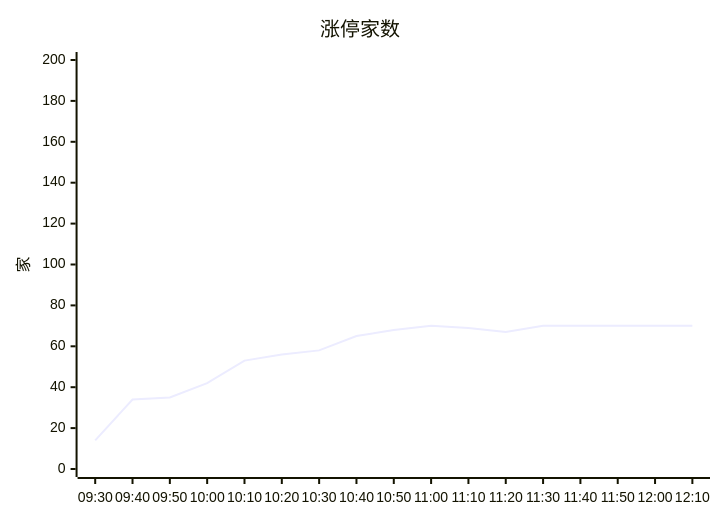
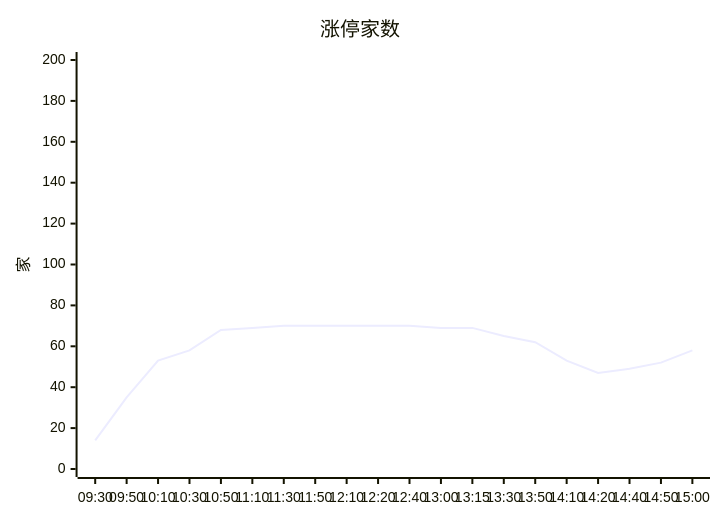
The third of 25 diagrams in content/投研交易/盘中分析/20261125.md (hesherchen-sketch/ray1992chzl), drawn with Mermaid before and after one commit. The commit also changed other lines of this file, not shown here.

Commit message:
sync notes 2026-11-25 18:00: 盘中分析改版（总览置顶+盯盘卡 mermaid、概念口径、梯队修正、机会与快讯）

````diff
--- a/content/投研交易/盘中分析/20261125.md
+++ b/content/投研交易/盘中分析/20261125.md
@@ -120,7 +148,7 @@
 ```mermaid
 xychart-beta
     title "涨停家数"
-    x-axis ["09:30", "09:40", "09:50", "10:00", "10:10", "10:20", "10:30", "10:40", "10:50", "11:00", "11:10", "11:20", "11:30", "11:40", "11:50", "12:00", "12:10"]
+    x-axis ["09:30", "09:50", "10:10", "10:30", "10:50", "11:10", "11:30", "11:50", "12:10", "12:20", "12:40", "13:00", "13:15", "13:30", "13:50", "14:10", "14:20", "14:40", "14:50", "15:00"]
     y-axis "家" 0 --> 200
-    line [14, 34, 35, 42, 53, 56, 58, 65, 68, 70, 69, 67, 70, 70, 70, 70, 70]
+    line [14, 35, 53, 58, 68, 69, 70, 70, 70, 70, 70, 69, 69, 65, 62, 53, 47, 49, 52, 58]
 ```
````
